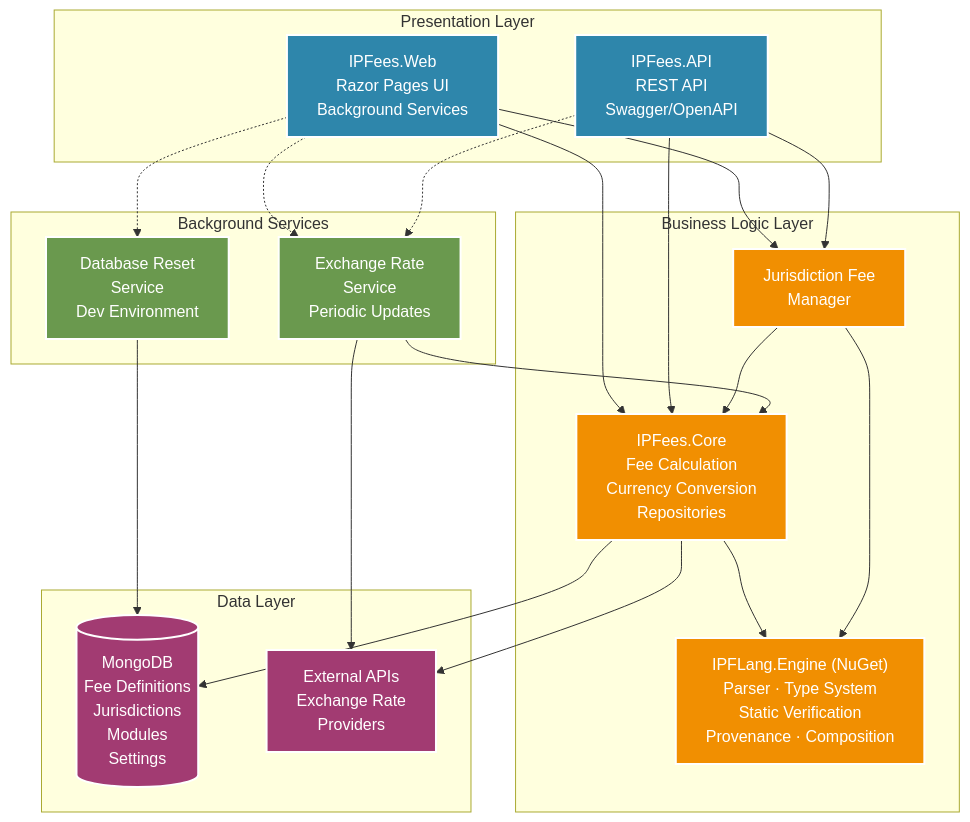
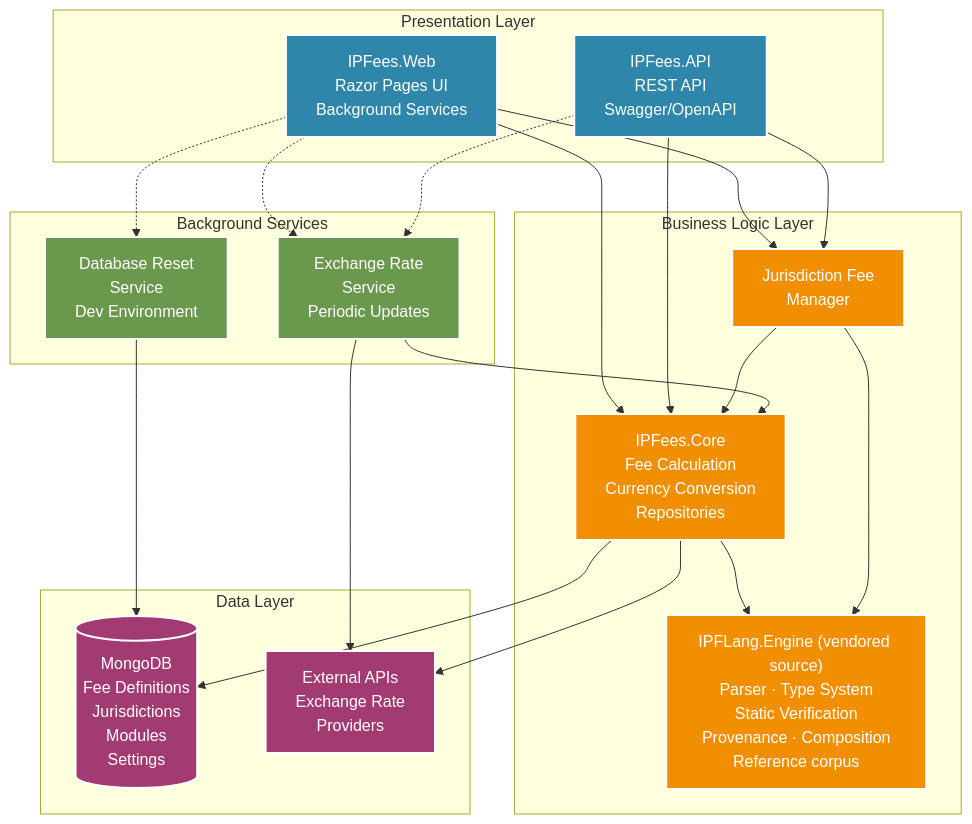
One commit to vbocan/ipfees changed the diagram in docs/architecture.md. Above: the diagram before and after it, drawn with Mermaid. The commit also changed other lines of this file and 215 other files, not shown here.

````diff
--- a/docs/architecture.md
+++ b/docs/architecture.md
@@ -3,58 +3,58 @@
 ```mermaid
 graph TB
     %% Define subgraphs for layers
     subgraph "Presentation Layer"
         Web[IPFees.Web<br/>Razor Pages UI<br/>Background Services]
         API[IPFees.API<br/>REST API<br/>Swagger/OpenAPI]
     end
 
     subgraph "Business Logic Layer"
         Core[IPFees.Core<br/>Fee Calculation<br/>Currency Conversion<br/>Repositories]
-        Calculator["IPFLang.Engine (NuGet)<br/>Parser · Type System<br/>Static Verification<br/>Provenance · Composition"]
+        Calculator["IPFLang.Engine (vendored source)<br/>Parser · Type System<br/>Static Verification<br/>Provenance · Composition<br/>Reference corpus"]
         FeeManager[Jurisdiction Fee<br/>Manager]
     end
 
     subgraph "Data Layer"
         Mongo[(MongoDB<br/>Fee Definitions<br/>Jurisdictions<br/>Modules<br/>Settings)]
         ExternalAPI[External APIs<br/>Exchange Rate<br/>Providers]
     end
 
     subgraph "Background Services"
         ExchangeService[Exchange Rate<br/>Service<br/>Periodic Updates]
         ResetService[Database Reset<br/>Service<br/>Dev Environment]
     end
 
     %% Presentation to Business Logic
     Web --> Core
     Web --> FeeManager
     API --> Core
     API --> FeeManager
 
     %% Business Logic dependencies
     Core --> Calculator
     Core --> Mongo
     FeeManager --> Core
     FeeManager --> Calculator
 
     %% Background Services
     ExchangeService --> Core
     ExchangeService --> ExternalAPI
     ResetService --> Mongo
     Web -.-> ExchangeService
     Web -.-> ResetService
     API -.-> ExchangeService
 
     %% Data access
     Core --> ExternalAPI
 
     %% Styling
     classDef presentation fill:#2E86AB,stroke:#fff,stroke-width:2px,color:#fff
     classDef business fill:#F18F01,stroke:#fff,stroke-width:2px,color:#fff
     classDef data fill:#A23B72,stroke:#fff,stroke-width:2px,color:#fff
     classDef services fill:#6A994E,stroke:#fff,stroke-width:2px,color:#fff
 
     class Web,API presentation
     class Core,Calculator,FeeManager business
     class Mongo,ExternalAPI data
     class ExchangeService,ResetService services
 ```
````
